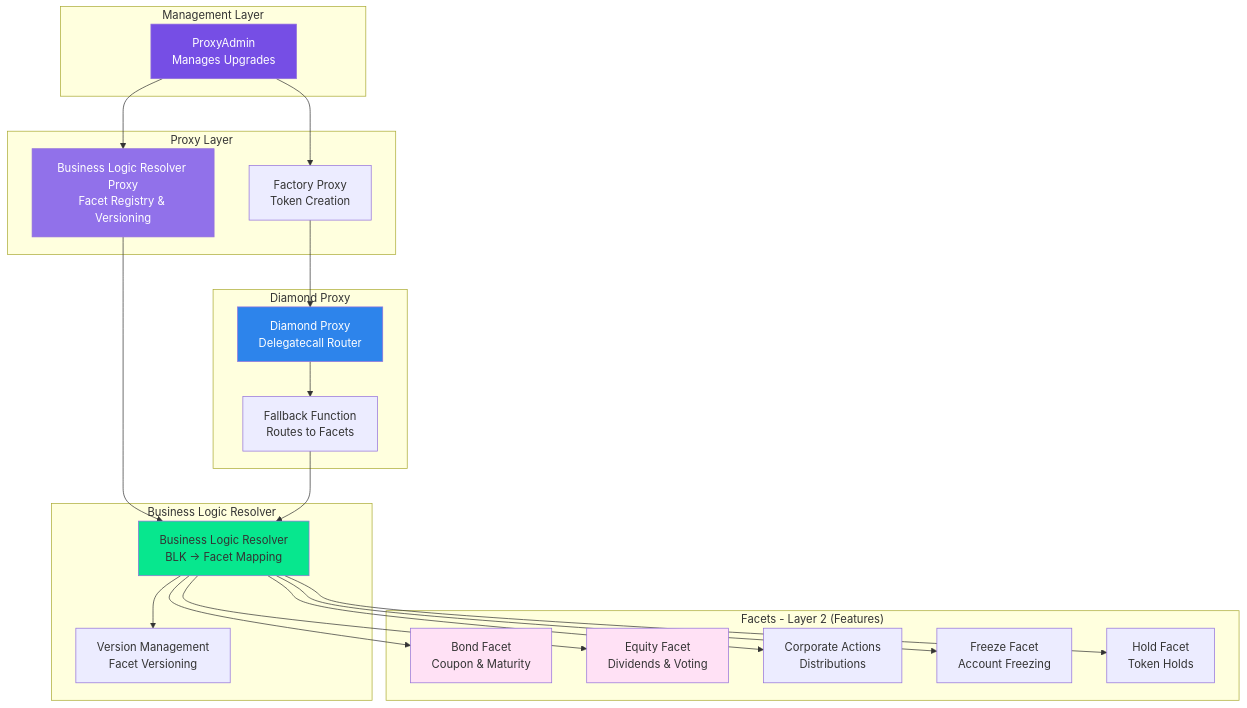
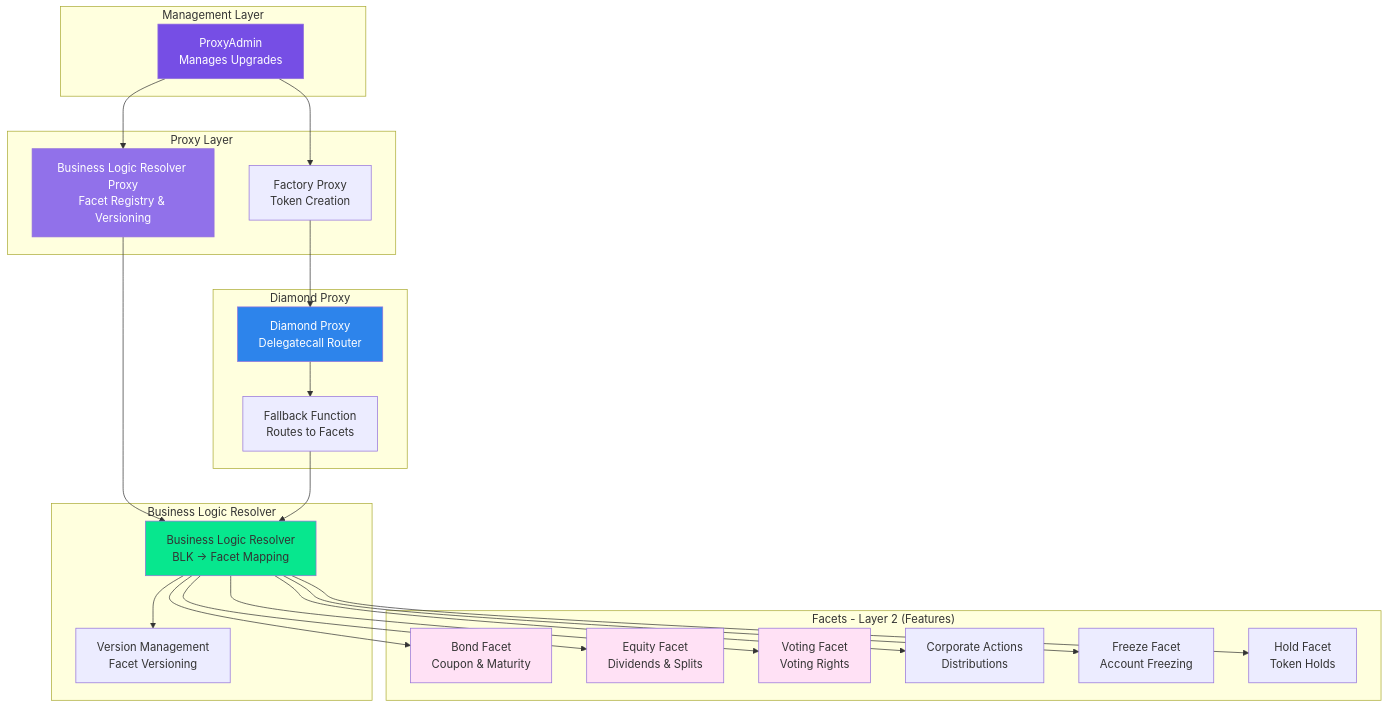
The diagram in docs/ats/developer-guides/contracts/overview.md (hashgraph/asset-tokenization-studio), drawn with Mermaid before and after one commit. The commit also changed other lines of this file and 621 other files, not shown here.

````diff
--- a/docs/ats/developer-guides/contracts/overview.md
+++ b/docs/ats/developer-guides/contracts/overview.md
@@ -28,50 +28,53 @@
 ```mermaid
 graph TB
     subgraph "Management Layer"
         Admin[ProxyAdmin<br/>Manages Upgrades]
     end
 
     subgraph "Proxy Layer"
         BLR_Proxy[Business Logic Resolver Proxy<br/>Facet Registry & Versioning]
         Factory_Proxy[Factory Proxy<br/>Token Creation]
     end
 
     subgraph "Diamond Proxy"
         Diamond[Diamond Proxy<br/>Delegatecall Router]
         FallbackFunction[Fallback Function<br/>Routes to Facets]
     end
 
     subgraph "Business Logic Resolver"
         BLR[Business Logic Resolver<br/>BLK → Facet Mapping]
         Versions[Version Management<br/>Facet Versioning]
     end
 
     subgraph "Facets - Layer 2 (Features)"
         Bond[Bond Facet<br/>Coupon & Maturity]
-        Equity[Equity Facet<br/>Dividends & Voting]
+        Equity[Equity Facet<br/>Dividends & Splits]
+        Voting[Voting Facet<br/>Voting Rights]
         Corporate[Corporate Actions<br/>Distributions]
         Freeze[Freeze Facet<br/>Account Freezing]
         Hold[Hold Facet<br/>Token Holds]
     end
 
     Admin --> BLR_Proxy
     Admin --> Factory_Proxy
     BLR_Proxy --> BLR
     Factory_Proxy --> Diamond
     Diamond --> FallbackFunction
     FallbackFunction --> BLR
     BLR --> Versions
 
     BLR --> Bond
     BLR --> Equity
+    BLR --> Voting
     BLR --> Corporate
     BLR --> Freeze
     BLR --> Hold
 
     style Admin fill:#764EE5,color:#fff
     style BLR_Proxy fill:#9171EA,color:#fff
     style Diamond fill:#2D84EB,color:#fff
     style BLR fill:#07E78E
     style Bond fill:#ffe1f5
     style Equity fill:#ffe1f5
+    style Voting fill:#ffe1f5
 ```
````
